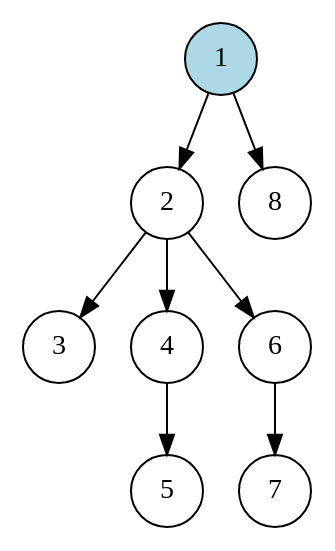
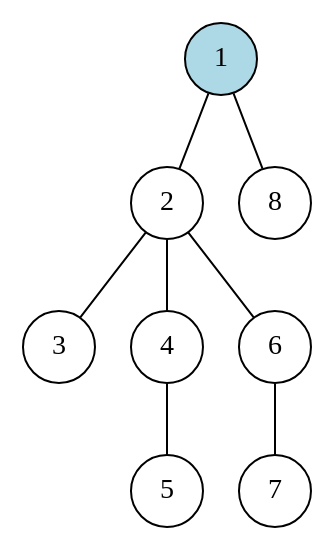
The diagram in results/dot/random-8.dot (goga-59/tree-reconstruction), drawn with Graphviz before and after one commit. The commit also changed 22 other files, not shown here.

```diff
--- a/results/dot/random-8.dot
+++ b/results/dot/random-8.dot
@@ -1,12 +1,11 @@
-digraph Tree {
-	graph [ordering=out];
+graph Tree {
 	node [shape=circle];
 	1 [style=filled, fillcolor=lightblue];
-	1 -> 2;
-	2 -> 3;
-	2 -> 4;
-	4 -> 5;
-	2 -> 6;
-	6 -> 7;
-	1 -> 8;
+	1 -- 2;
+	2 -- 3;
+	2 -- 4;
+	4 -- 5;
+	2 -- 6;
+	6 -- 7;
+	1 -- 8;
 }
```
